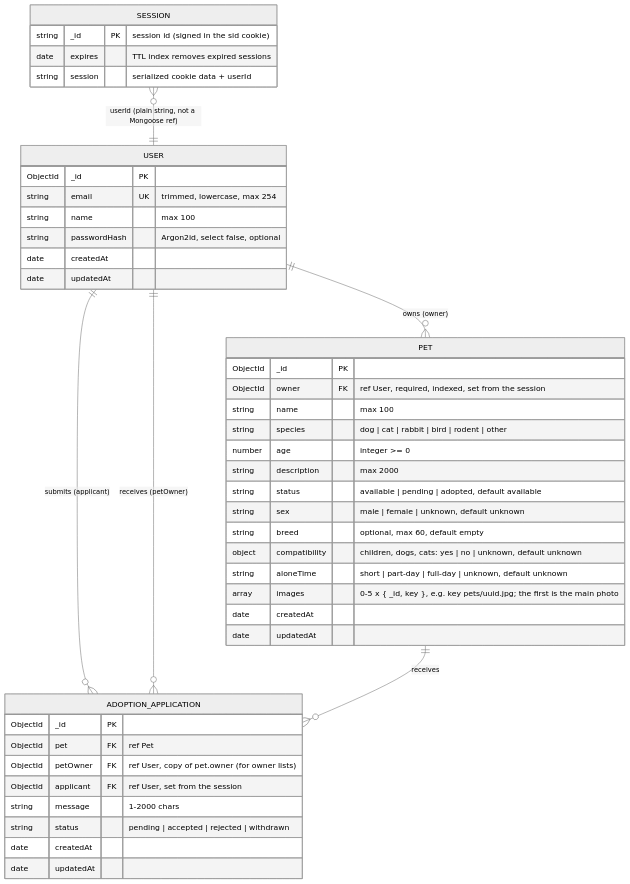
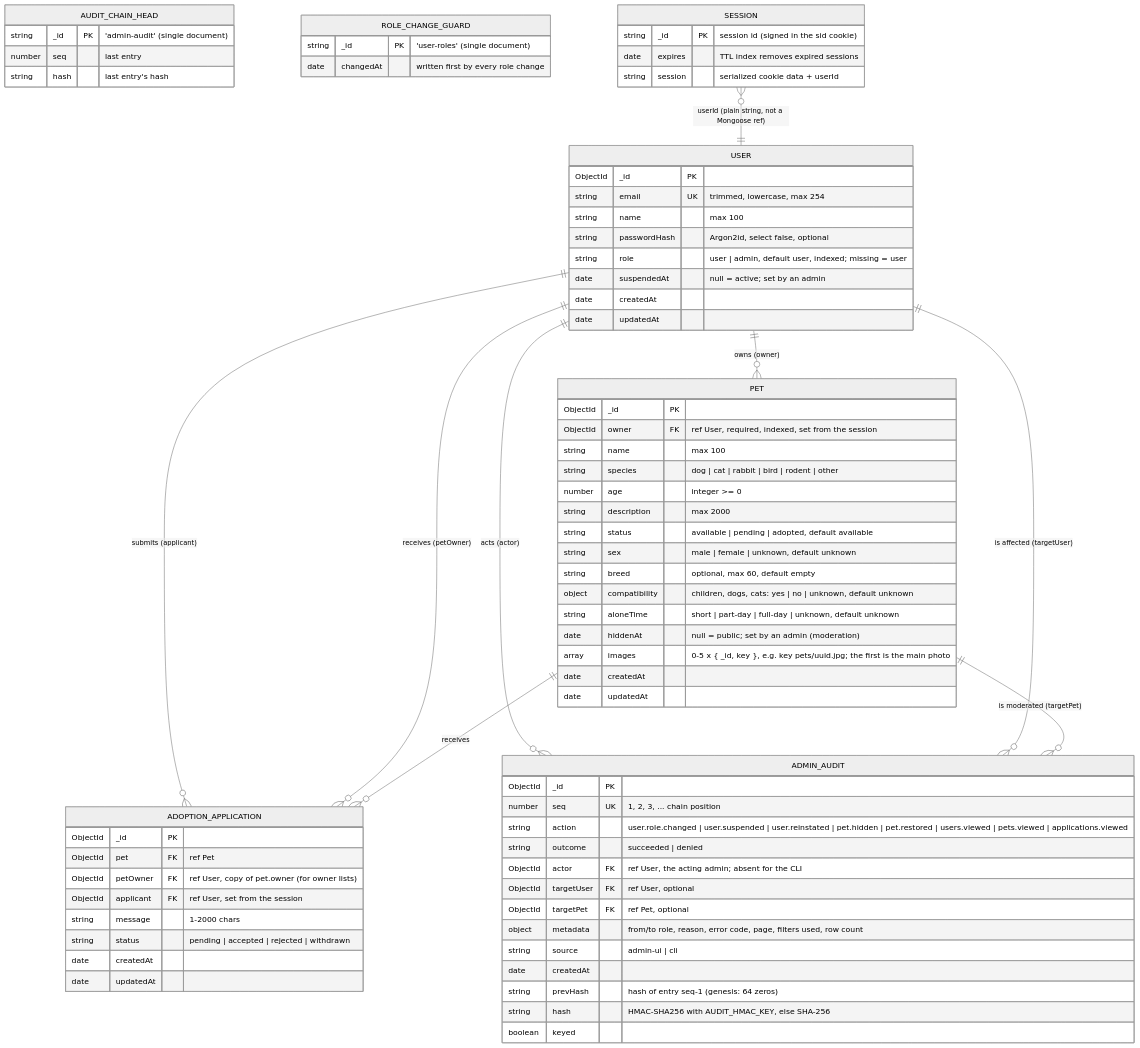
The seventh of 14 diagrams in docs/architecture.md (BojanSovtic/pet-adoption-system), drawn with Mermaid (neutral theme) before and after one commit. The commit also changed other lines of this file and 81 other files, not shown here.

First line of the commit message:
feat: admin role with moderation, audit log and secure provisioning

````diff
--- a/docs/architecture.md
+++ b/docs/architecture.md
@@ -216,47 +262,77 @@
 ```mermaid
 erDiagram
   USER {
     ObjectId _id PK
     string email UK "trimmed, lowercase, max 254"
     string name "max 100"
     string passwordHash "Argon2id, select false, optional"
+    string role "user | admin, default user, indexed; missing = user"
+    date suspendedAt "null = active; set by an admin"
     date createdAt
     date updatedAt
+  }
+  ADMIN_AUDIT {
+    ObjectId _id PK
+    number seq UK "1, 2, 3, ... chain position"
+    string action "user.role.changed | user.suspended | user.reinstated | pet.hidden | pet.restored | users.viewed | pets.viewed | applications.viewed"
+    string outcome "succeeded | denied"
+    ObjectId actor FK "ref User, the acting admin; absent for the CLI"
+    ObjectId targetUser FK "ref User, optional"
+    ObjectId targetPet FK "ref Pet, optional"
+    object metadata "from/to role, reason, error code, page, filters used, row count"
+    string source "admin-ui | cli"
+    date createdAt
+    string prevHash "hash of entry seq-1 (genesis: 64 zeros)"
+    string hash "HMAC-SHA256 with AUDIT_HMAC_KEY, else SHA-256"
+    boolean keyed
+  }
+  AUDIT_CHAIN_HEAD {
+    string _id PK "'admin-audit' (single document)"
+    number seq "last entry"
+    string hash "last entry's hash"
+  }
+  ROLE_CHANGE_GUARD {
+    string _id PK "'user-roles' (single document)"
+    date changedAt "written first by every role change"
   }
   PET {
     ObjectId _id PK
     ObjectId owner FK "ref User, required, indexed, set from the session"
     string name "max 100"
     string species "dog | cat | rabbit | bird | rodent | other"
     number age "integer >= 0"
     string description "max 2000"
     string status "available | pending | adopted, default available"
     string sex "male | female | unknown, default unknown"
     string breed "optional, max 60, default empty"
     object compatibility "children, dogs, cats: yes | no | unknown, default unknown"
     string aloneTime "short | part-day | full-day | unknown, default unknown"
+    date hiddenAt "null = public; set by an admin (moderation)"
     array images "0-5 x { _id, key }, e.g. key pets/uuid.jpg; the first is the main photo"
     date createdAt
     date updatedAt
   }
   SESSION {
     string _id PK "session id (signed in the sid cookie)"
     date expires "TTL index removes expired sessions"
     string session "serialized cookie data + userId"
   }
   ADOPTION_APPLICATION {
     ObjectId _id PK
     ObjectId pet FK "ref Pet"
     ObjectId petOwner FK "ref User, copy of pet.owner (for owner lists)"
     ObjectId applicant FK "ref User, set from the session"
     string message "1-2000 chars"
     string status "pending | accepted | rejected | withdrawn"
     date createdAt
     date updatedAt
   }
   USER ||--o{ PET : "owns (owner)"
   USER ||--o{ ADOPTION_APPLICATION : "submits (applicant)"
   USER ||--o{ ADOPTION_APPLICATION : "receives (petOwner)"
   PET ||--o{ ADOPTION_APPLICATION : "receives"
   SESSION }o--|| USER : "userId (plain string, not a Mongoose ref)"
+  USER ||--o{ ADMIN_AUDIT : "acts (actor)"
+  USER ||--o{ ADMIN_AUDIT : "is affected (targetUser)"
+  PET ||--o{ ADMIN_AUDIT : "is moderated (targetPet)"
 ```
````
